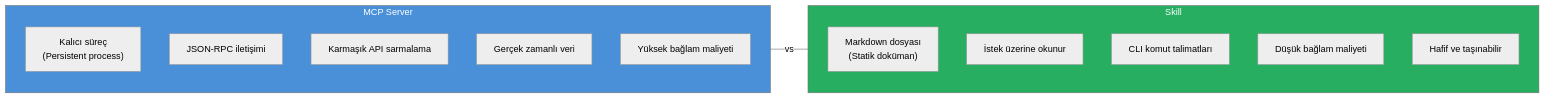
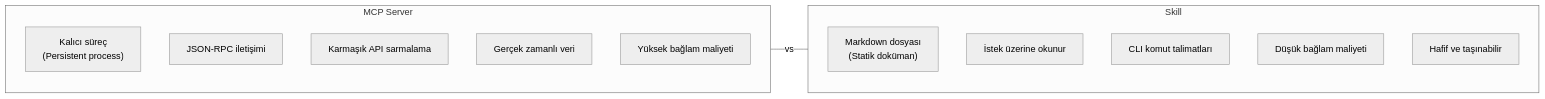
The first of 3 diagrams in 11-mcp/05-mcp-vs-skills-ne-zaman-hangisi.md (IzzetYasinAtes/ClaudeCodeHandbook), drawn with Mermaid (neutral theme) before and after one commit. The commit also changed other lines of this file and 97 other files, not shown here.

Commit message:
Remove all custom Mermaid style/fill colors from 98 markdown files for consistent dark theme rendering

````diff
--- a/11-mcp/05-mcp-vs-skills-ne-zaman-hangisi.md
+++ b/11-mcp/05-mcp-vs-skills-ne-zaman-hangisi.md
@@ -18,25 +18,23 @@
 ```mermaid
 flowchart LR
     subgraph mcp_side ["MCP Server"]
         direction TB
         M1["Kalıcı süreç<br/>(Persistent process)"]
         M2["JSON-RPC iletişimi"]
         M3["Karmaşık API sarmalama"]
         M4["Gerçek zamanlı veri"]
         M5["Yüksek bağlam maliyeti"]
     end
 
     subgraph skill_side ["Skill"]
         direction TB
         S1["Markdown dosyası<br/>(Statik doküman)"]
         S2["İstek üzerine okunur"]
         S3["CLI komut talimatları"]
         S4["Düşük bağlam maliyeti"]
         S5["Hafif ve taşınabilir"]
     end
 
     mcp_side ---|"vs"| skill_side
 
-    style mcp_side fill:#4A90D9,color:#fff
-    style skill_side fill:#27AE60,color:#fff
 ```
````
